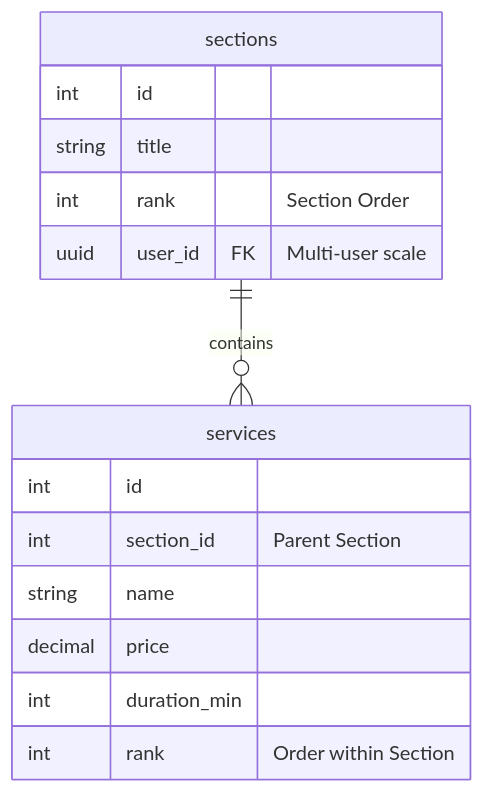
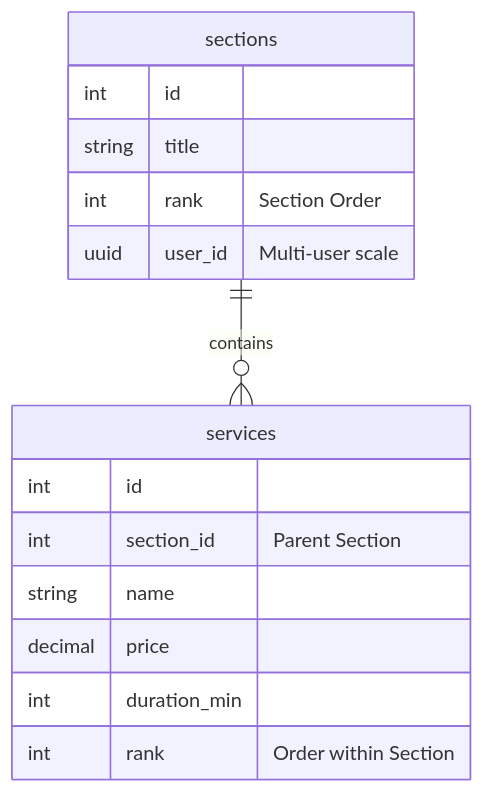
The diagram in README.md (austinhillyard/bby_service_menu), drawn with Mermaid before and after one commit.

````diff
--- a/README.md
+++ b/README.md
@@ -48,20 +48,20 @@
 ```mermaid
 erDiagram
     sections ||--o{ services : contains
 
     sections {
         int id
         string title
         int rank "Section Order"
-        uuid user_id FK "Multi-user scale"
+        uuid user_id "Multi-user scale"
     }
 
     services {
         int id
         int section_id "Parent Section"
         string name
         decimal price
         int duration_min
         int rank "Order within Section"
     }
 ```
````
